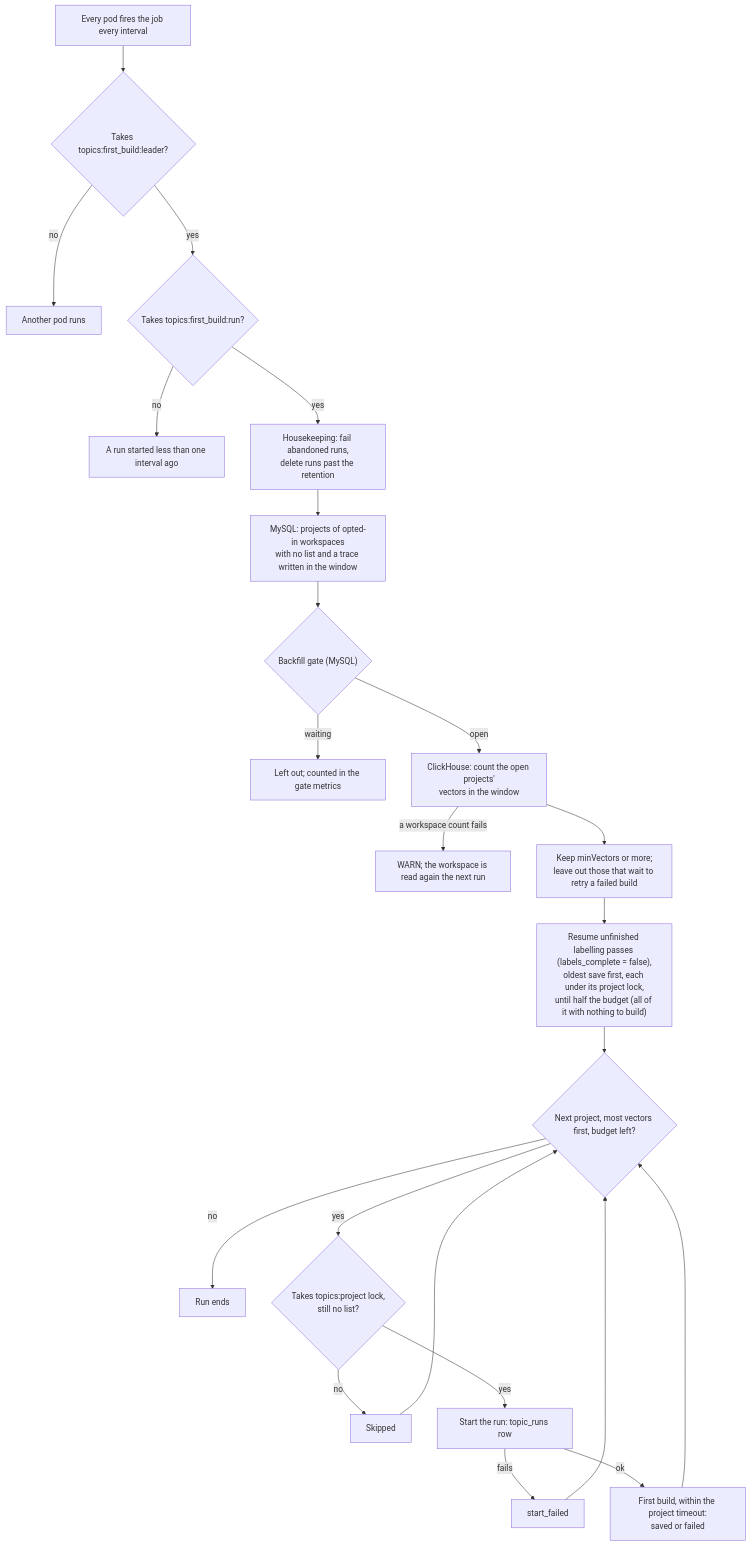
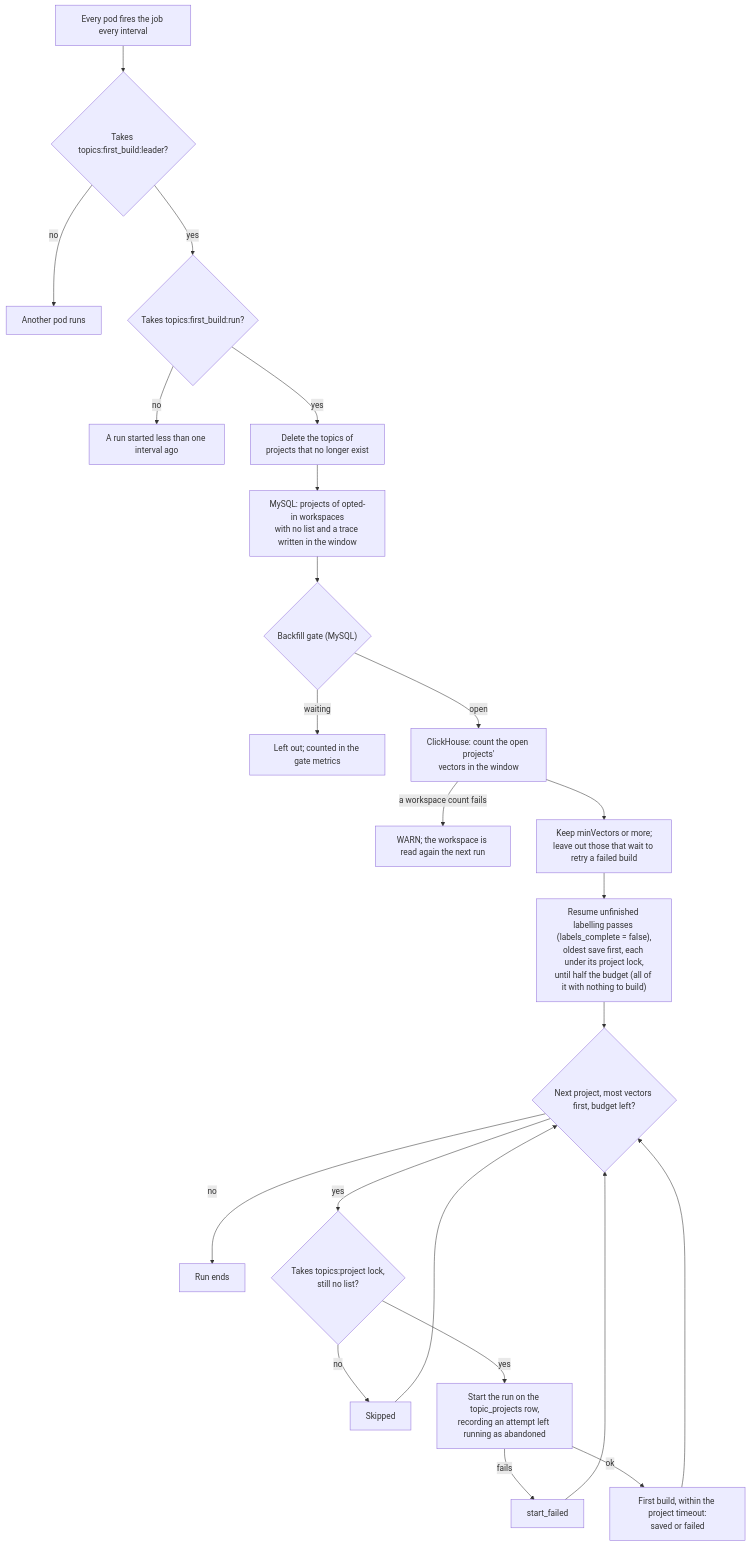
Before and after one commit to comet-ml/opik: the diagram in apps/opik-backend/docs/ai-labels-runbook.md, drawn with Mermaid. The commit also changed other lines of this file and 7 other files, not shown here.

First line of the commit message:
[OPIK-8987] [BE] refactor: move the first-build job, endpoint and listeners to the topic_projects model

````diff
--- a/apps/opik-backend/docs/ai-labels-runbook.md
+++ b/apps/opik-backend/docs/ai-labels-runbook.md
@@ -157,25 +154,25 @@
 ```mermaid
 flowchart TD
     A["Every pod fires the job every interval"] --> B{"Takes topics:first_build:leader?"}
     B -->|no| B1["Another pod runs"]
     B -->|yes| R{"Takes topics:first_build:run?"}
     R -->|no| R1["A run started less than one interval ago"]
-    R -->|yes| C["Housekeeping: fail abandoned runs,<br/>delete runs past the retention"]
+    R -->|yes| C["Delete the topics of<br/>projects that no longer exist"]
     C --> D["MySQL: projects of opted-in workspaces<br/>with no list and a trace written in the window"]
     D --> E{"Backfill gate (MySQL)"}
     E -->|waiting| E1["Left out; counted in the gate metrics"]
     E -->|open| F["ClickHouse: count the open projects'<br/>vectors in the window"]
     F -->|a workspace count fails| F1["WARN; the workspace is read again the next run"]
     F --> G["Keep minVectors or more;<br/>leave out those that wait to retry a failed build"]
     G --> L["Resume unfinished labelling passes (labels_complete = false),<br/>oldest save first, each under its project lock,<br/>until half the budget (all of it with nothing to build)"]
     L --> H{"Next project, most vectors first, budget left?"}
     H -->|no| M["Run ends"]
     H -->|yes| I{"Takes topics:project lock,<br/>still no list?"}
     I -->|no| I1["Skipped"]
-    I -->|yes| J["Start the run: topic_runs row"]
+    I -->|yes| J["Start the run on the topic_projects row,<br/>recording an attempt left running as abandoned"]
     J -->|fails| J1["start_failed"]
     J -->|ok| K["First build, within the project timeout:<br/>saved or failed"]
     K --> H
     I1 --> H
     J1 --> H
 ```
````
